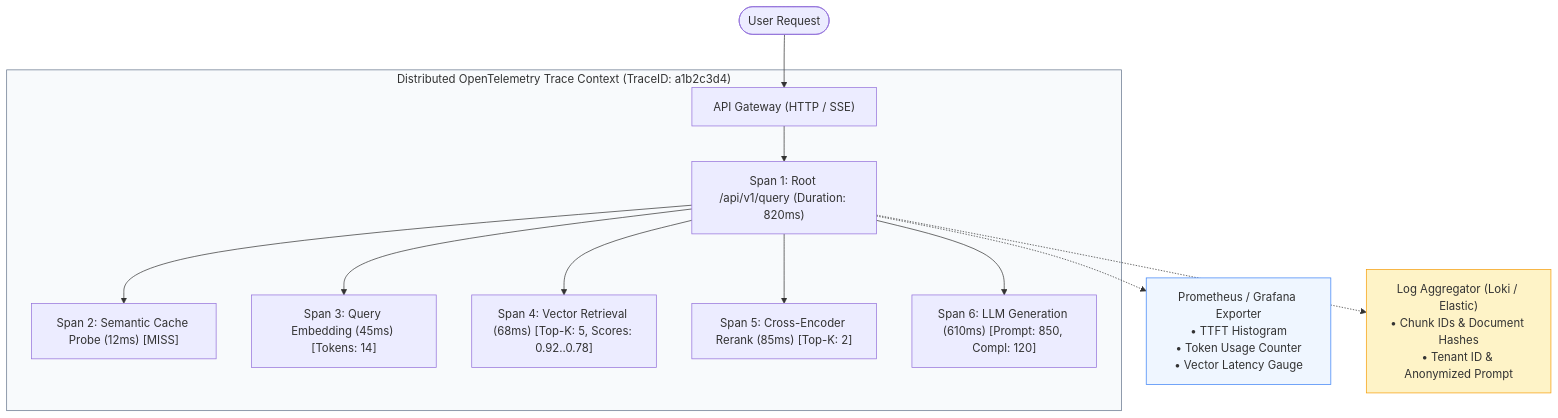
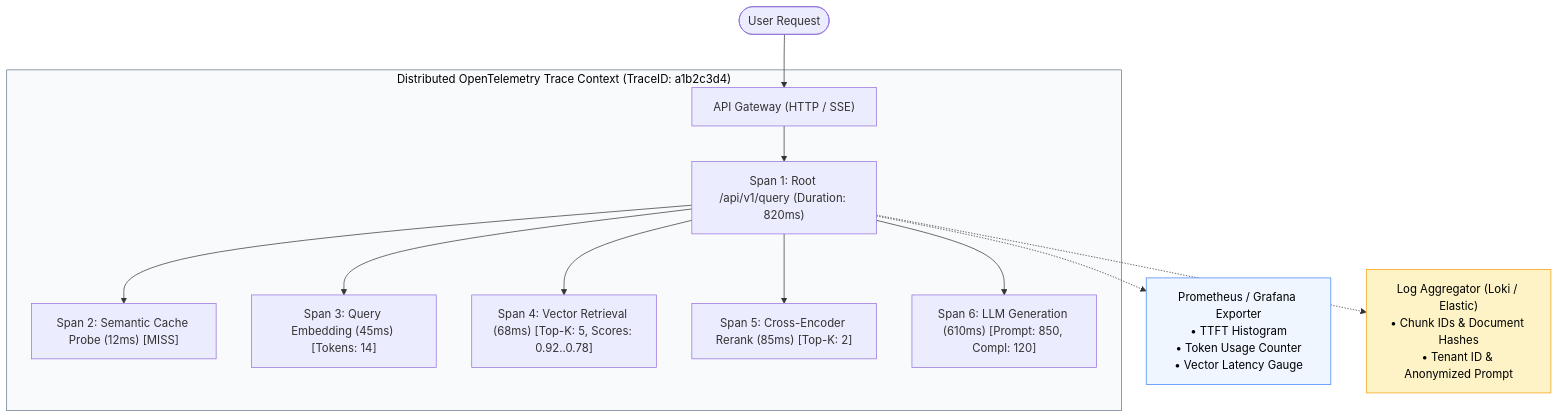
Before and after one commit to swapnil3104/RAG-Engineering: the first of 3 diagrams in 09-RAG-Deployment-and-Production/Monitoring-and-Logging.md, drawn with Mermaid. The commit also changed other lines of this file and 108 other files, not shown here.

Commit message:
fix: make chart text visible across all Mermaid diagrams and resolve markdown table formatting issues

````diff
--- a/09-RAG-Deployment-and-Production/Monitoring-and-Logging.md
+++ b/09-RAG-Deployment-and-Production/Monitoring-and-Logging.md
@@ -29,21 +29,21 @@
 ```mermaid
 flowchart TD
     UserQuery([User Request]) --> Gateway["API Gateway (HTTP / SSE)"]
     
     subgraph TraceTree ["Distributed OpenTelemetry Trace Context (TraceID: a1b2c3d4)"]
         Gateway --> SpanRoot["Span 1: Root /api/v1/query (Duration: 820ms)"]
         
         SpanRoot --> SpanCache["Span 2: Semantic Cache Probe (12ms) [MISS]"]
         SpanRoot --> SpanEmbed["Span 3: Query Embedding (45ms) [Tokens: 14]"]
         SpanRoot --> SpanRet["Span 4: Vector Retrieval (68ms) [Top-K: 5, Scores: 0.92..0.78]"]
         SpanRoot --> SpanRerank["Span 5: Cross-Encoder Rerank (85ms) [Top-K: 2]"]
         SpanRoot --> SpanLLM["Span 6: LLM Generation (610ms) [Prompt: 850, Compl: 120]"]
     end
     
     SpanRoot -.-> MetricsPipeline["Prometheus / Grafana Exporter<br/>• TTFT Histogram<br/>• Token Usage Counter<br/>• Vector Latency Gauge"]
     SpanRoot -.-> LogsPipeline["Log Aggregator (Loki / Elastic)<br/>• Chunk IDs & Document Hashes<br/>• Tenant ID & Anonymized Prompt"]
 
-    style TraceTree fill:#f8fafc,stroke:#64748b
-    style MetricsPipeline fill:#eff6ff,stroke:#3b82f6
-    style LogsPipeline fill:#fef3c7,stroke:#f59e0b
+    style TraceTree fill:#f8fafc,stroke:#64748b,color:#000000
+    style MetricsPipeline fill:#eff6ff,stroke:#3b82f6,color:#000000
+    style LogsPipeline fill:#fef3c7,stroke:#f59e0b,color:#000000
 ```
````
